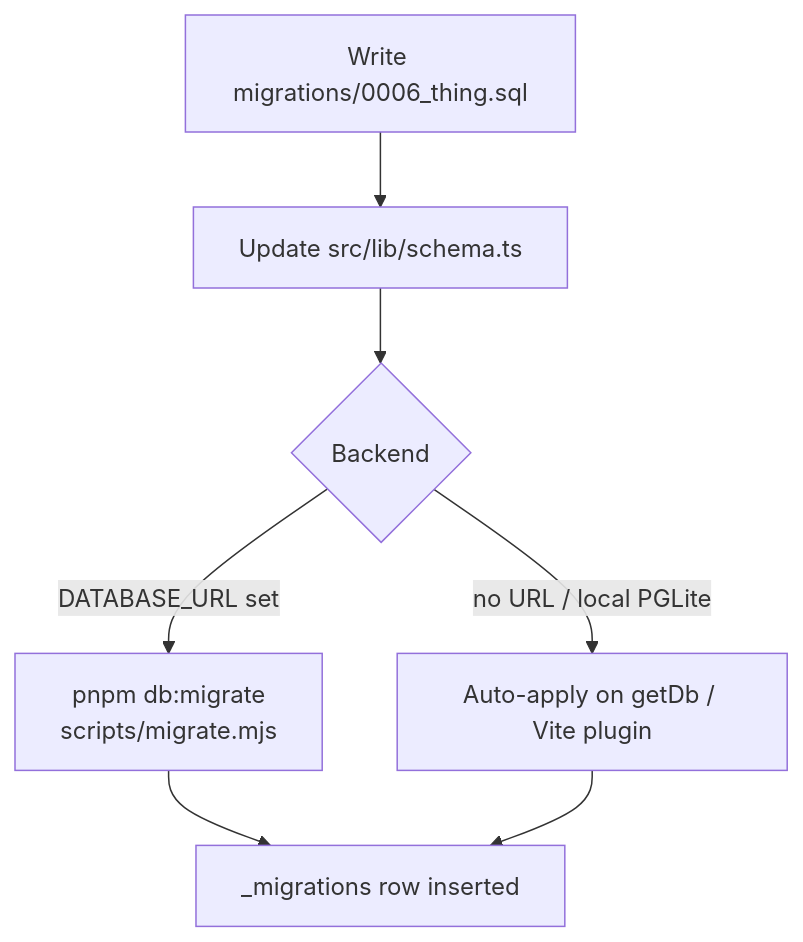
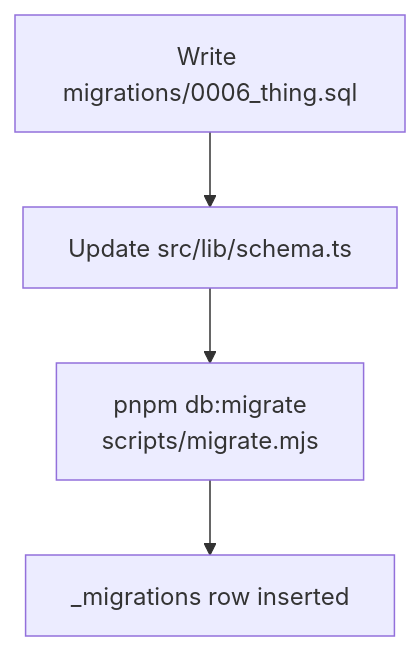
One commit to SahilFruitwala/kami changed the second of 2 diagrams in docs/DATA-MODEL.md. Above: the diagram before and after it, drawn with Mermaid. The commit also changed other lines of this file and 7 other files, not shown here.

````diff
--- a/docs/DATA-MODEL.md
+++ b/docs/DATA-MODEL.md
@@ -148,9 +148,6 @@
 ```mermaid
 flowchart TD
   A[Write migrations/0006_thing.sql] --> B[Update src/lib/schema.ts]
-  B --> C{Backend}
-  C -->|DATABASE_URL set| D["pnpm db:migrate<br/>scripts/migrate.mjs"]
-  C -->|no URL / local PGLite| E[Auto-apply on getDb / Vite plugin]
+  B --> D["pnpm db:migrate<br/>scripts/migrate.mjs"]
   D --> F[_migrations row inserted]
-  E --> F
 ```
````
